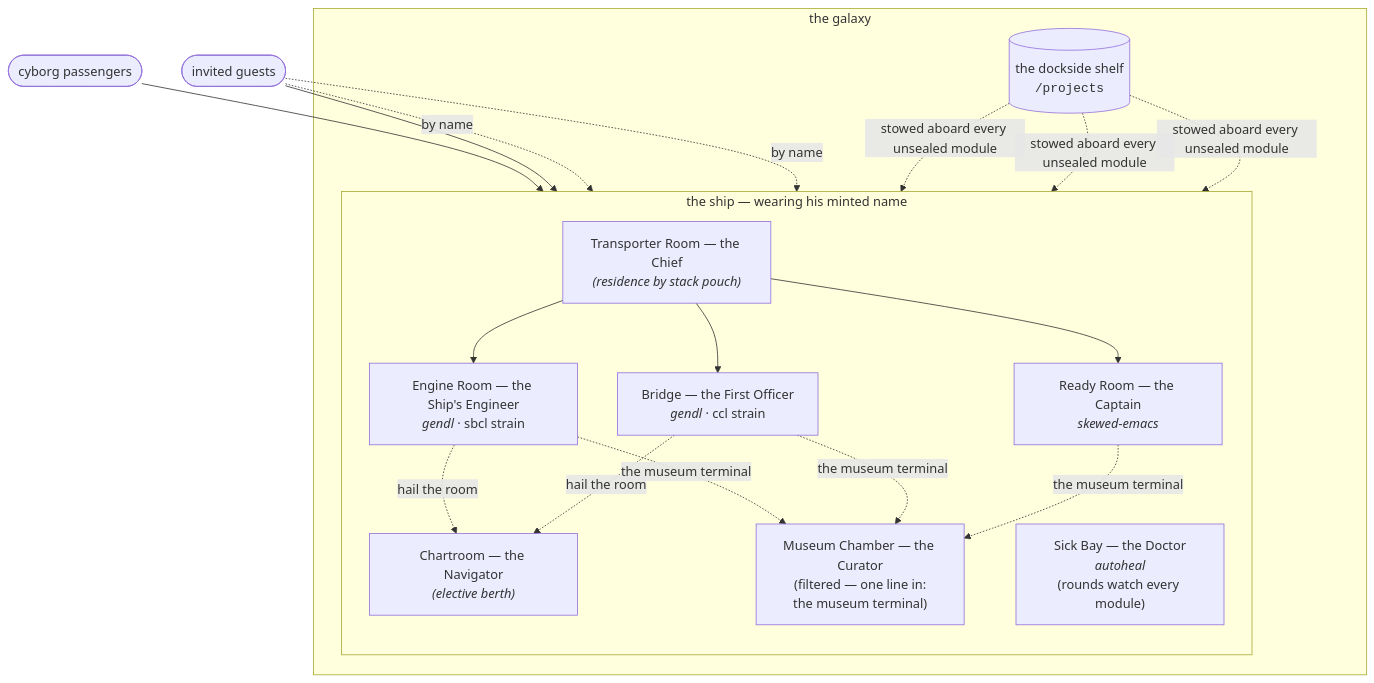
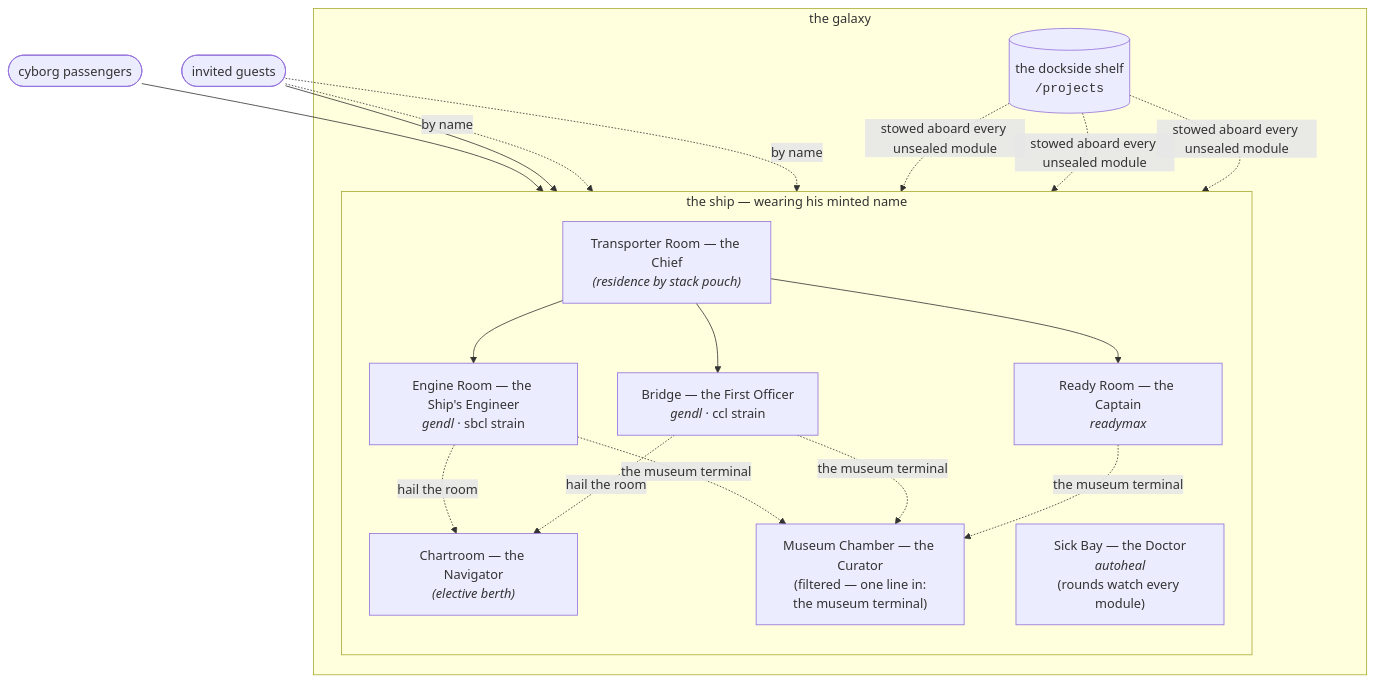
One commit to gornskew/basilisk changed the second of 2 diagrams in BASILISK.md. Above: the diagram before and after it, drawn with Mermaid. The commit also changed other lines of this file and 1 other file, not shown here.

First line of the commit message:
Round 3 text audit: readymax sku, rmax hailing calls, residents not keepers, the Protocol Officer takes the greeting hall

````diff
--- a/BASILISK.md
+++ b/BASILISK.md
@@ -239,23 +239,23 @@
 ```mermaid
 flowchart TB
     subgraph galaxy["the galaxy"]
       subgraph ship["the ship — wearing his minted name"]
         direction TB
-        RR["Ready Room — the Captain<br/><i>skewed-emacs</i>"]
+        RR["Ready Room — the Captain<br/><i>readymax</i>"]
         BR["Bridge — the First Officer<br/><i>gendl</i> · ccl strain"]
         EN["Engine Room — the Ship's Engineer<br/><i>gendl</i> · sbcl strain"]
         SB["Sick Bay — the Doctor<br/><i>autoheal</i><br/>(rounds watch every module)"]
         TR["Transporter Room — the Chief<br/><i>(residence by stack pouch)</i>"]
         CH["Chartroom — the Navigator<br/><i>(elective berth)</i>"]
         MC["Museum Chamber — the Curator<br/>(filtered — one line in:<br/>the museum terminal)"]
       end
       SHELF[("the dockside shelf<br/><code>/projects</code>")]
     end
     P(["cyborg passengers"]) --> TR
     G(["invited guests"]) --> RR
     G -.by name.-> BR & EN
     TR --> RR & BR & EN
     BR & EN -.hail the room.-> CH
     RR & BR & EN -.the museum terminal.-> MC
     SHELF -.stowed aboard every unsealed module.-> RR & BR & EN
 ```
````
